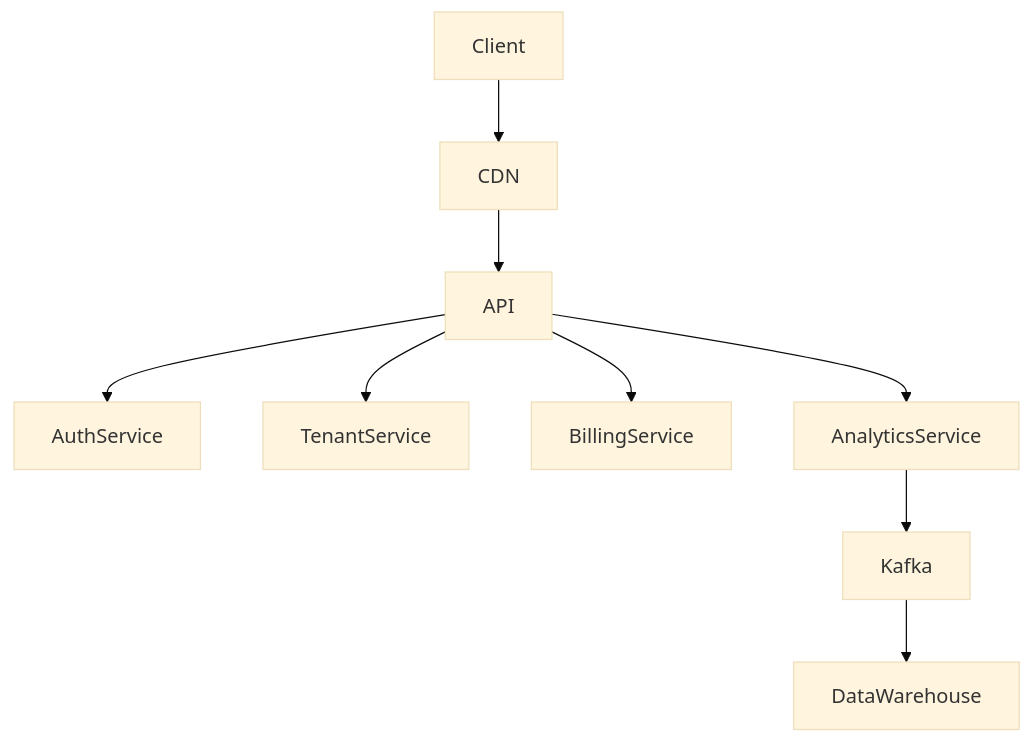
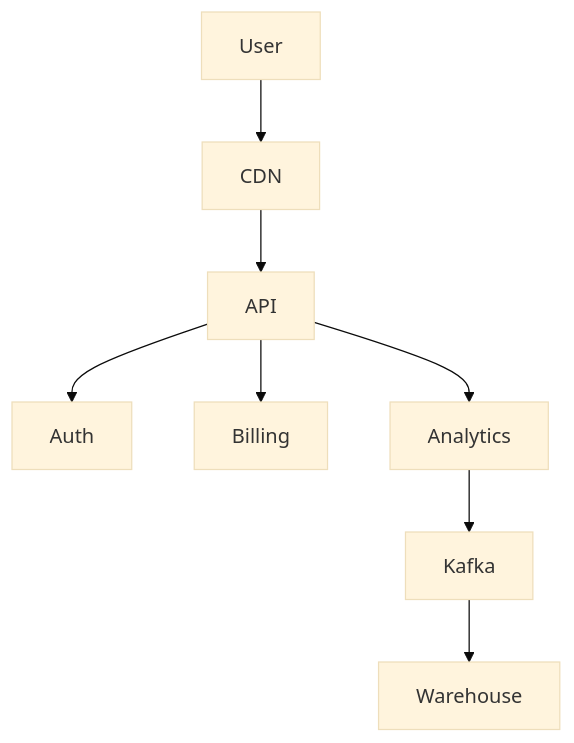
Before and after one commit to AshwiniNaidu/system-design-portfolio: the diagram in 02-saas-platform/saas-system-design.md, drawn with Mermaid (base theme). The commit also changed other lines of this file, not shown here.

````diff
--- a/02-saas-platform/saas-system-design.md
+++ b/02-saas-platform/saas-system-design.md
@@ -25,14 +3,13 @@
 ```mermaid
 graph TD
 
-Client --> CDN
+User --> CDN
 CDN --> API
 
-API --> AuthService
-API --> TenantService
-API --> BillingService
-API --> AnalyticsService
+API --> Auth
+API --> Billing
+API --> Analytics
 
-AnalyticsService --> Kafka
-Kafka --> DataWarehouse
+Analytics --> Kafka
+Kafka --> Warehouse
 ```
````
